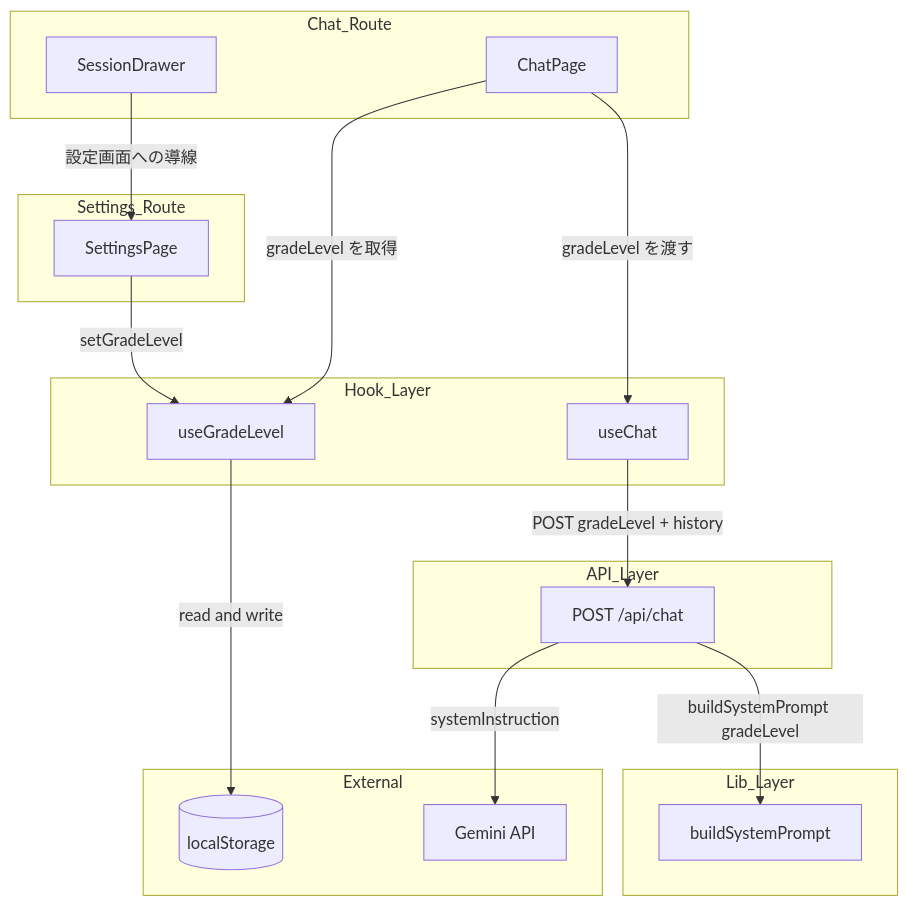
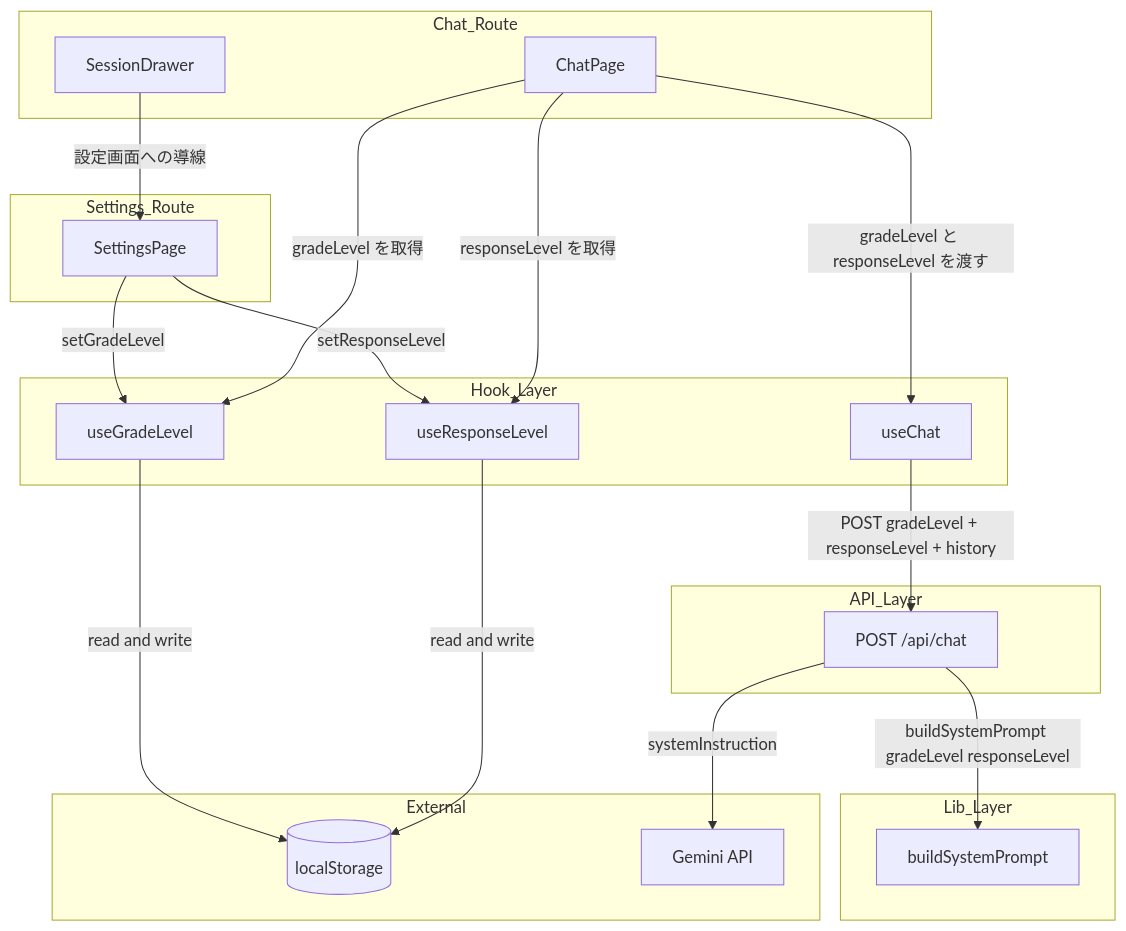
One commit to hayashida/my-coach-app changed the first of 3 diagrams in .kiro/specs/grade-level-coaching/design.md. Above: the diagram before and after it, drawn with Mermaid. The commit also changed other lines of this file and 2 other files, not shown here.

First line of the commit message:
docs(grade-level-coaching): 応答レベル機能のrequirements/design/researchを更新

````diff
--- a/.kiro/specs/grade-level-coaching/design.md
+++ b/.kiro/specs/grade-level-coaching/design.md
@@ -75,38 +86,42 @@
 ```mermaid
 graph TB
     subgraph Settings_Route
         SettingsPage[SettingsPage]
     end
 
     subgraph Chat_Route
         SessionDrawer_comp[SessionDrawer]
         ChatPage_comp[ChatPage]
     end
 
     subgraph Hook_Layer
         useGradeLevel_hook[useGradeLevel]
+        useResponseLevel_hook[useResponseLevel]
         useChat_hook[useChat]
     end
 
     subgraph Lib_Layer
         SystemPrompt_lib[buildSystemPrompt]
     end
 
     subgraph API_Layer
         ChatRoute[POST /api/chat]
     end
 
     subgraph External
         LocalStorage[(localStorage)]
         GeminiAPI[Gemini API]
     end
 
     SessionDrawer_comp -->|設定画面への導線| SettingsPage
     SettingsPage -->|setGradeLevel| useGradeLevel_hook
+    SettingsPage -->|setResponseLevel| useResponseLevel_hook
     ChatPage_comp -->|gradeLevel を取得| useGradeLevel_hook
+    ChatPage_comp -->|responseLevel を取得| useResponseLevel_hook
     useGradeLevel_hook -->|read and write| LocalStorage
-    ChatPage_comp -->|gradeLevel を渡す| useChat_hook
-    useChat_hook -->|POST gradeLevel + history| ChatRoute
-    ChatRoute -->|buildSystemPrompt gradeLevel| SystemPrompt_lib
+    useResponseLevel_hook -->|read and write| LocalStorage
+    ChatPage_comp -->|gradeLevel と responseLevel を渡す| useChat_hook
+    useChat_hook -->|POST gradeLevel + responseLevel + history| ChatRoute
+    ChatRoute -->|buildSystemPrompt gradeLevel responseLevel| SystemPrompt_lib
     ChatRoute -->|systemInstruction| GeminiAPI
 ```
````
